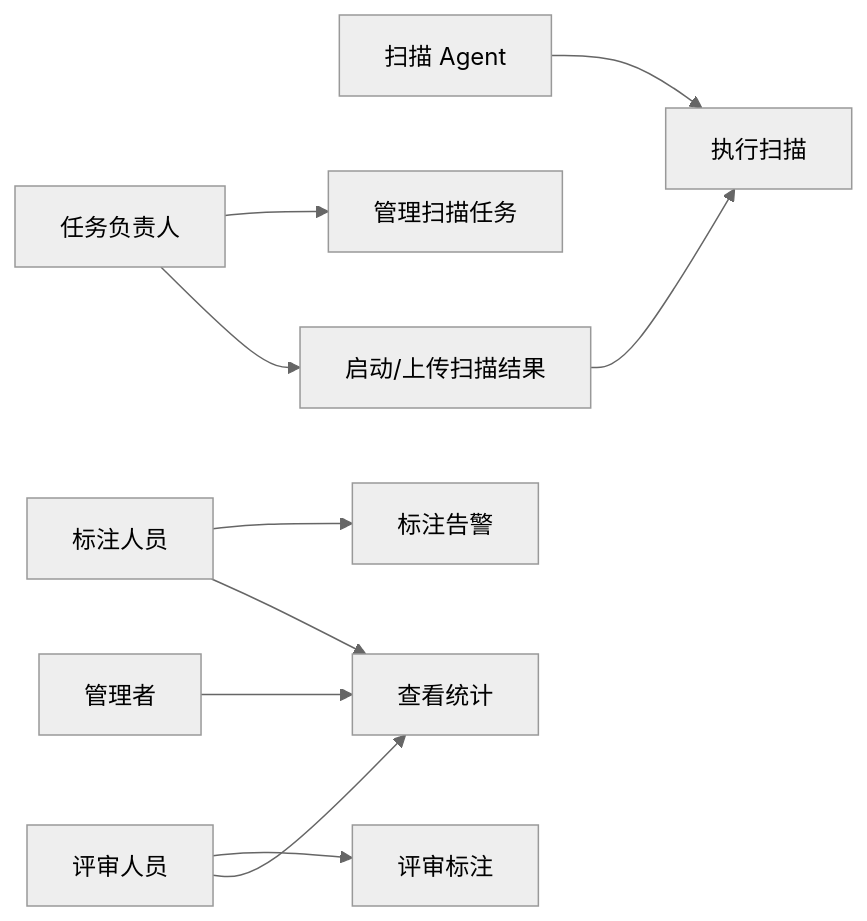
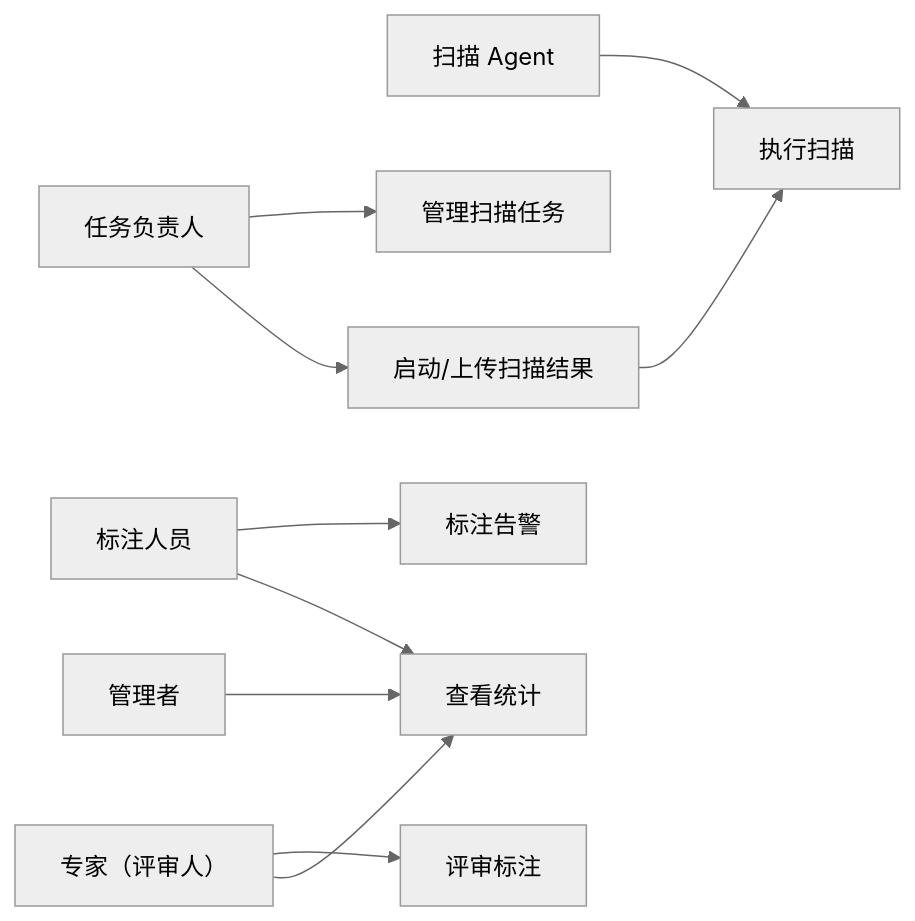
Before and after one commit to BeaconLin/aiRepoScan-hw: the second of 6 diagrams in 设计文档.md, drawn with Mermaid (neutral theme). The commit also changed other lines of this file and 11 other files, not shown here.

````diff
--- a/设计文档.md
+++ b/设计文档.md
@@ -151,24 +151,24 @@
 ```mermaid
 flowchart LR
     Owner["任务负责人"]
     Annotator["标注人员"]
-    Reviewer["评审人员"]
+    Reviewer["专家（评审人）"]
     Manager["管理者"]
     Agent["扫描 Agent"]
 
     UC1["管理扫描任务"]
     UC2["启动/上传扫描结果"]
     UC3["标注告警"]
     UC6["评审标注"]
     UC4["查看统计"]
     UC5["执行扫描"]
 
     Owner --> UC1 & UC2
     Annotator --> UC3
     Reviewer --> UC6
     Manager --> UC4
     Annotator --> UC4
     Reviewer --> UC4
     Agent --> UC5
     UC2 --> UC5
 ```
````
